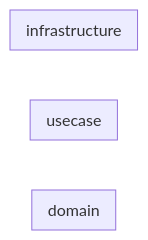
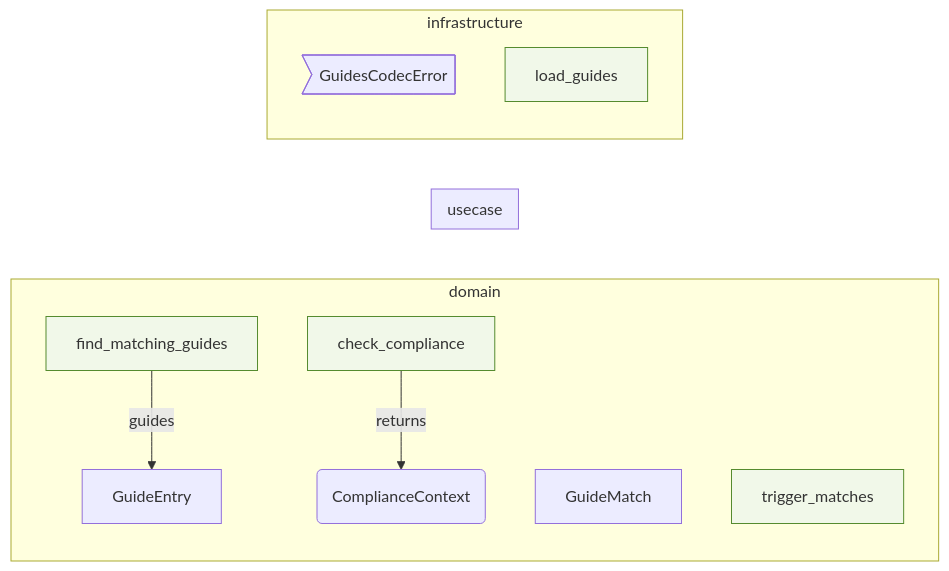
One commit to Flip451/SoTOHE-core changed the diagram in track/items/external-guides-removal-2026-04-28/contract-map.md. Above: the diagram before and after it, drawn with Mermaid. The commit also changed 20 other files, not shown here.

First line of the commit message:
fix(domain+infrastructure+cli+track): T006 — orphan Rust external_guides 連携コード削除 (PR #124 round 2 P1)

````diff
--- a/track/items/external-guides-removal-2026-04-28/contract-map.md
+++ b/track/items/external-guides-removal-2026-04-28/contract-map.md
@@ -1,14 +1,24 @@
 ```mermaid
 flowchart LR
     classDef secondary_adapter fill:#fafafa,stroke:#999,stroke-dasharray: 4 4
     classDef command fill:#e3f2fd,stroke:#1976d2
     classDef query fill:#f3e5f5,stroke:#8e24aa
     classDef factory fill:#fff8e1,stroke:#f9a825
     classDef free_function fill:#f1f8e9,stroke:#558b2f
     subgraph domain [domain]
+        L6_domain_GuideEntry[GuideEntry]
+        L6_domain_GuideMatch[GuideMatch]
+        L6_domain_ComplianceContext(ComplianceContext)
+        L6_domain_check__compliance[check_compliance]:::free_function
+        L6_domain_find__matching__guides[find_matching_guides]:::free_function
+        L6_domain_trigger__matches[trigger_matches]:::free_function
     end
     subgraph usecase [usecase]
     end
     subgraph infrastructure [infrastructure]
+        L14_infrastructure_GuidesCodecError>GuidesCodecError]
+        L14_infrastructure_load__guides[load_guides]:::free_function
     end
+    L6_domain_check__compliance -->|"returns"| L6_domain_ComplianceContext
+    L6_domain_find__matching__guides -->|"guides"| L6_domain_GuideEntry
 ```
````
